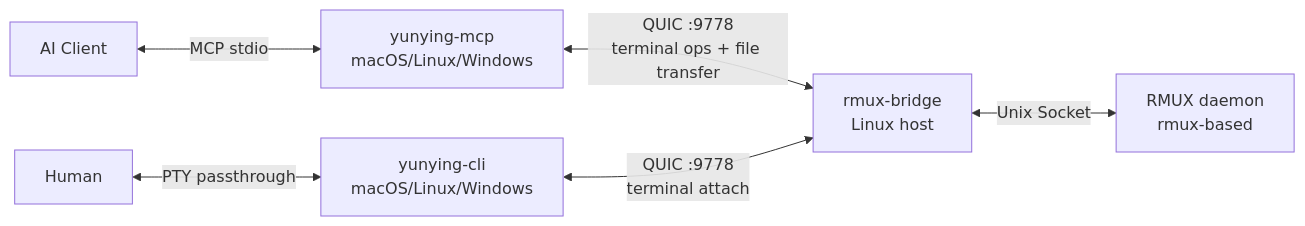
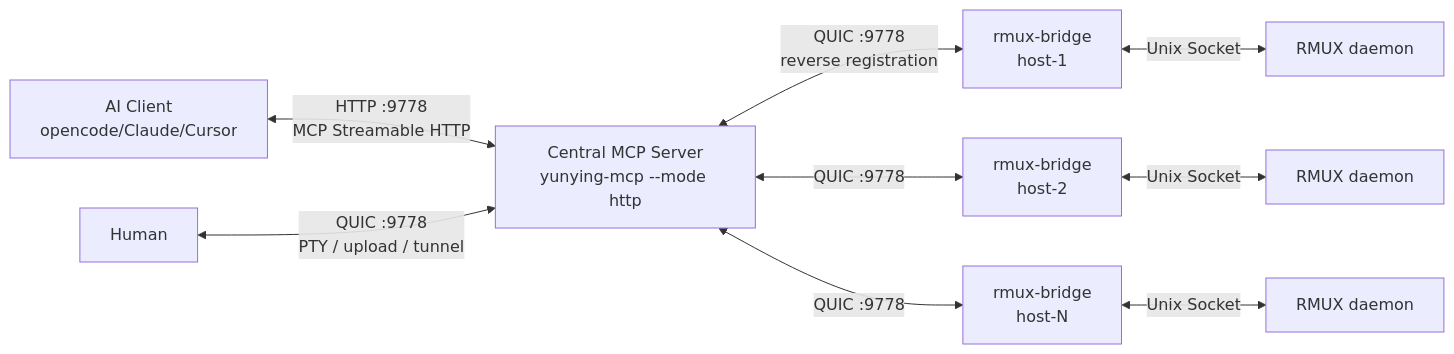
Before and after one commit to tddh/clum: the diagram in README.md, drawn with Mermaid. The commit also changed other lines of this file and 6 other files, not shown here.

First line of the commit message:
docs: v0.9.0 — update all docs for Hub architecture

````diff
--- a/README.md
+++ b/README.md
@@ -62,8 +62,11 @@
 ```mermaid
 graph LR
-    A[AI Client] <-->|MCP stdio| B[yunying-mcp<br/>macOS/Linux/Windows]
-    H[Human] <-->|PTY passthrough| E[yunying-cli<br/>macOS/Linux/Windows]
-    B <-->|QUIC :9778<br/>terminal ops + file transfer| C[rmux-bridge<br/>Linux host]
-    E <-->|QUIC :9778<br/>terminal attach| C
-    C <-->|Unix Socket| D[RMUX daemon<br/>rmux-based]
+    A[AI Client<br/>opencode/Claude/Cursor] <-->|HTTP :9778<br/>MCP Streamable HTTP| S[Central MCP Server<br/>yunying-mcp --mode http]
+    H[Human] <-->|QUIC :9778<br/>PTY / upload / tunnel| S
+    S <-->|QUIC :9778<br/>reverse registration| C1[rmux-bridge<br/>host-1]
+    S <-->|QUIC :9778| C2[rmux-bridge<br/>host-2]
+    S <-->|QUIC :9778| C3[rmux-bridge<br/>host-N]
+    C1 <-->|Unix Socket| D1[RMUX daemon]
+    C2 <-->|Unix Socket| D2[RMUX daemon]
+    C3 <-->|Unix Socket| D3[RMUX daemon]
 ```
````
